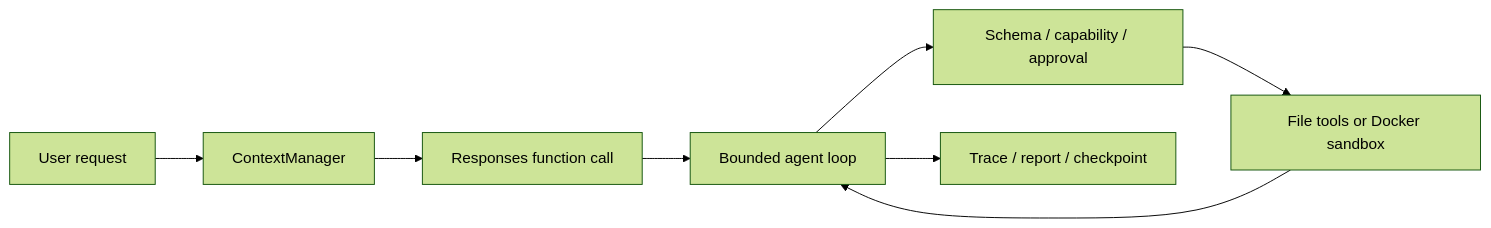
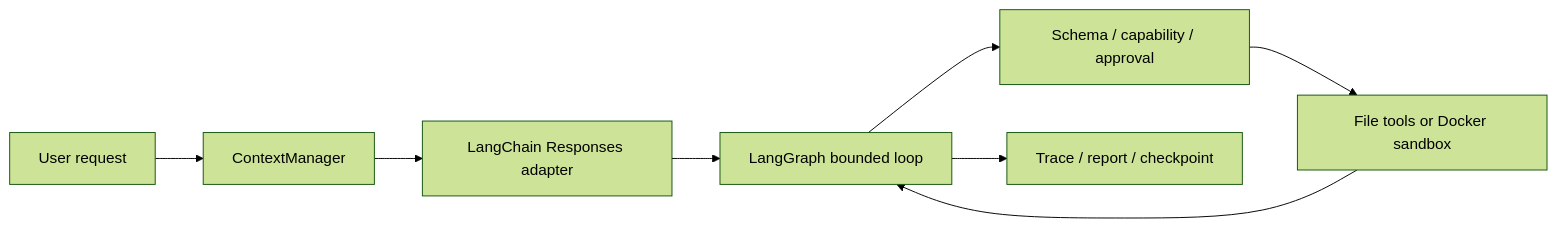
Before and after one commit to goskiwi/pico-main: the diagram in README.md, drawn with Mermaid (forest theme). The commit also changed 12 other files, not shown here.

````diff
--- a/README.md
+++ b/README.md
@@ -38,10 +38,10 @@
 ```mermaid
 flowchart LR
     U["User request"] --> C["ContextManager"]
-    C --> M["Responses function call"]
-    M --> L["Bounded agent loop"]
+    C --> M["LangChain Responses adapter"]
+    M --> L["LangGraph bounded loop"]
     L --> P["Schema / capability / approval"]
     P --> T["File tools or Docker sandbox"]
     T --> L
     L --> A["Trace / report / checkpoint"]
 ```
````
